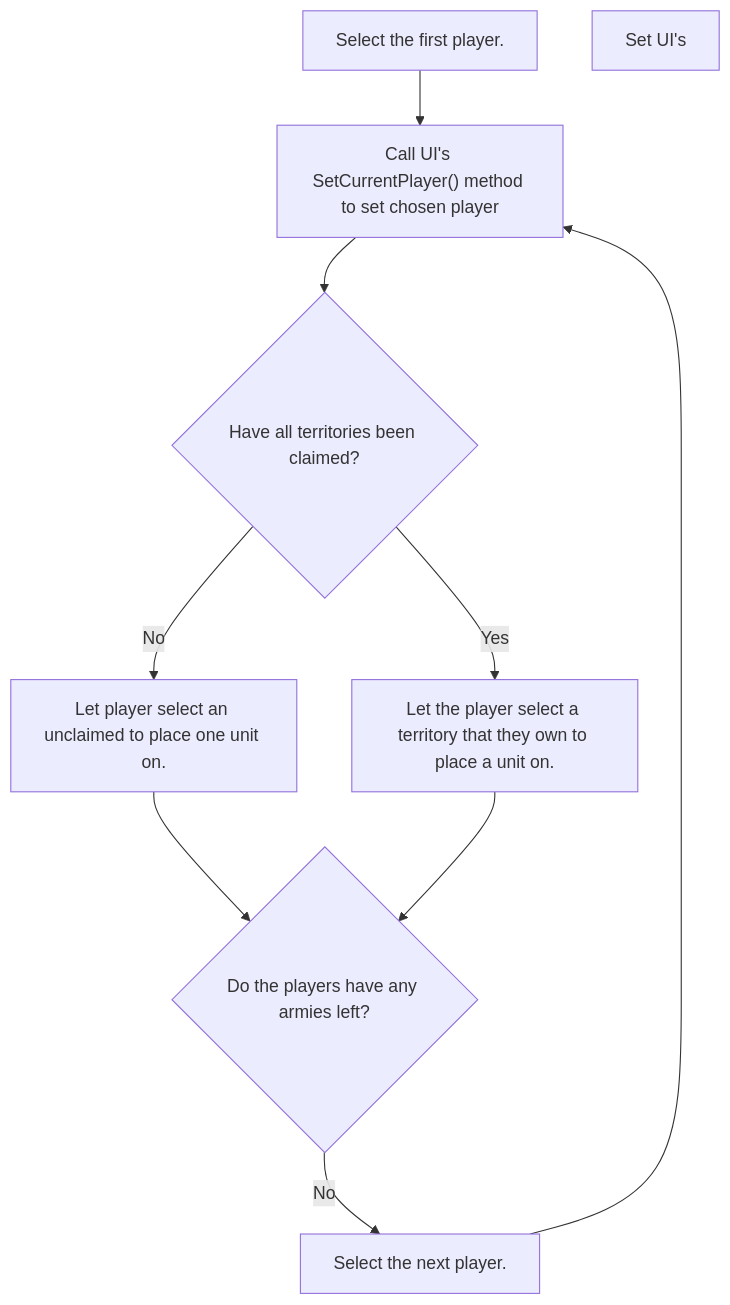
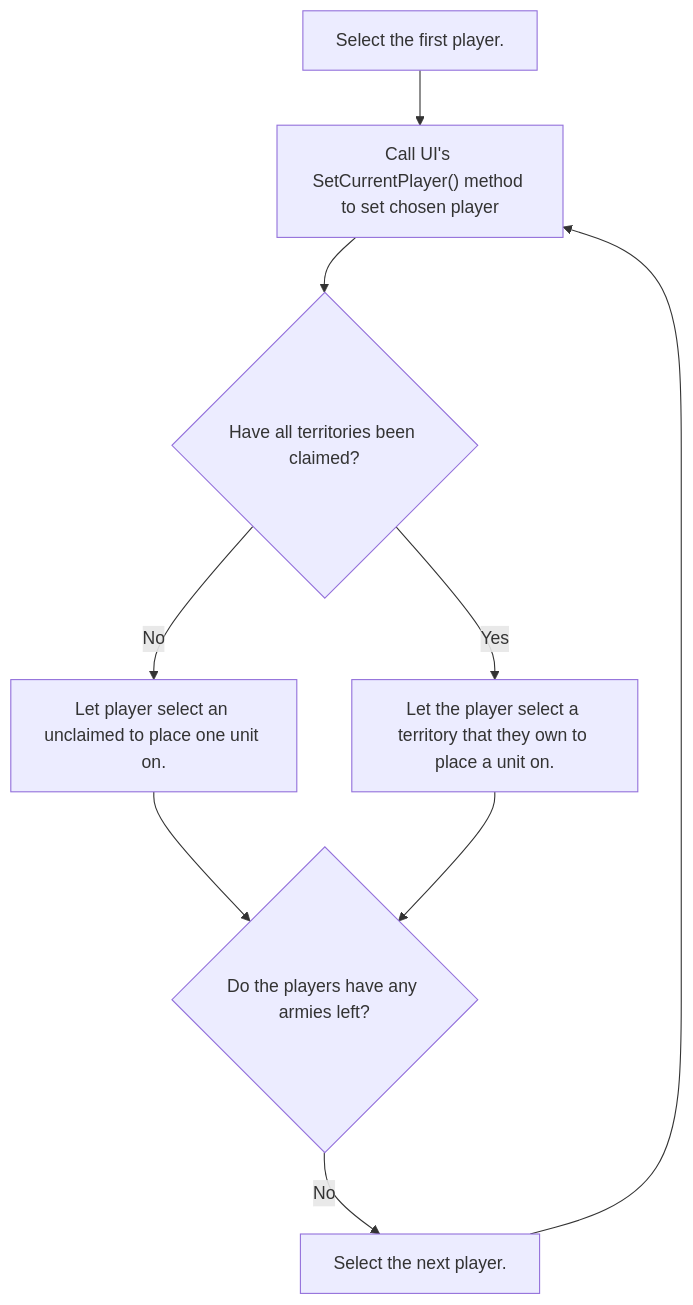
Before and after one commit to LukeS03/Y2_S2_SoftwareEngineeringProject: the second of 2 diagrams in design/Sprint_02_Design.md, drawn with Mermaid. The commit also changed other lines of this file and 3 other files, not shown here.

````diff
--- a/design/Sprint_02_Design.md
+++ b/design/Sprint_02_Design.md
@@ -88,22 +91,21 @@
 ```mermaid
 flowchart TB
     A["Select the first player."]
     Aalt["Select the next player."]
-    A1["Set UI's "]
     B["Call UI's SetCurrentPlayer() method to set chosen player"]
     Opt1{"Have all territories been claimed?"}
 
     DLeft["Let player select an unclaimed to place one unit on."]
     DRight["Let the player select a territory that they own to place a unit on."]
 
     END{"Do the players have any armies left?"}
 
     END -->|"No"|Aalt
     A --> B
     Aalt --> B
     B --> Opt1
     Opt1 -->|"No"|DLeft
     Opt1 -->|"Yes"|DRight
     DLeft --> END
     DRight --> END
 ```
````
